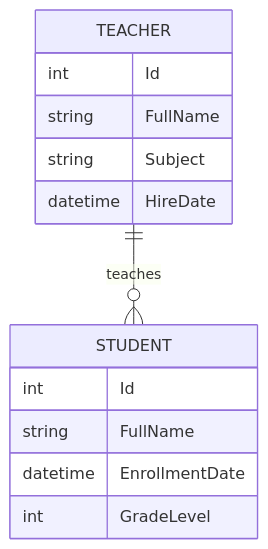
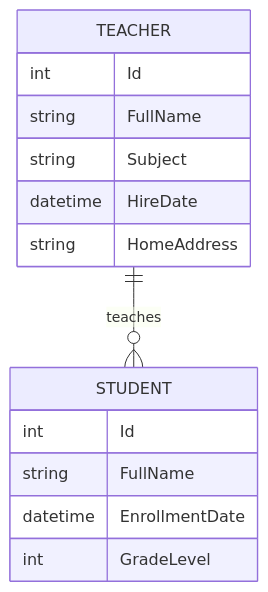
Before and after one commit to enespelko/APSummitDemoApp: the diagram in docs/domain_model.md, drawn with Mermaid. The commit also changed other lines of this file, not shown here.

````diff
--- a/docs/domain_model.md
+++ b/docs/domain_model.md
@@ -95,18 +98,19 @@
 ```mermaid
 erDiagram
     STUDENT {
         int Id
         string FullName
         datetime EnrollmentDate
         int GradeLevel
     }
 
     TEACHER {
         int Id
         string FullName
         string Subject
         datetime HireDate
+        string HomeAddress
     }
 
     TEACHER ||--o{ STUDENT : "teaches"
 ```
````
